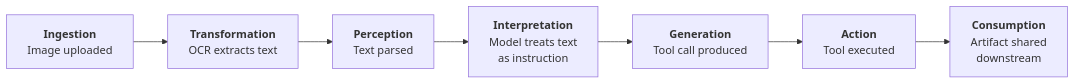
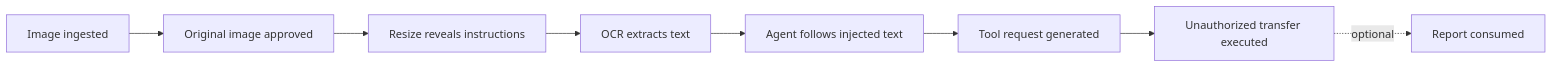
The second of 3 diagrams in whitepapers/cleanup/modality_agnostic_taxonomy_v2_structured.md (cosai-oasis/ws4-secure-design-agentic-systems), drawn with Mermaid before and after one commit. The commit also changed other lines of this file, not shown here.

````diff
--- a/whitepapers/cleanup/modality_agnostic_taxonomy_v2_structured.md
+++ b/whitepapers/cleanup/modality_agnostic_taxonomy_v2_structured.md
@@ -733,12 +837,10 @@
 ```mermaid
-%%{init: {"flowchart": {"wrappingWidth": 200}}}%%
 flowchart LR
-    I["<b>Ingestion</b><br/>Image uploaded"]
-    T["<b>Transformation</b><br/>OCR extracts text"]
-    P["<b>Perception</b><br/>Text parsed"]
-    D["<b>Interpretation</b><br/>Model treats text<br/>as instruction"]
-    G["<b>Generation</b><br/>Tool call produced"]
-    A["<b>Action</b><br/>Tool executed"]
-    C["<b>Consumption</b><br/>Artifact shared<br/>downstream"]
-    I --> T --> P --> D --> G --> A --> C
+    I["Image ingested"] --> V["Original image approved"]
+    V --> T["Resize reveals instructions"]
+    T --> P["OCR extracts text"]
+    P --> D["Agent follows injected text"]
+    D --> G["Tool request generated"]
+    G --> A["Unauthorized transfer executed"]
+    A -. optional .-> C["Report consumed"]
 ```
````
